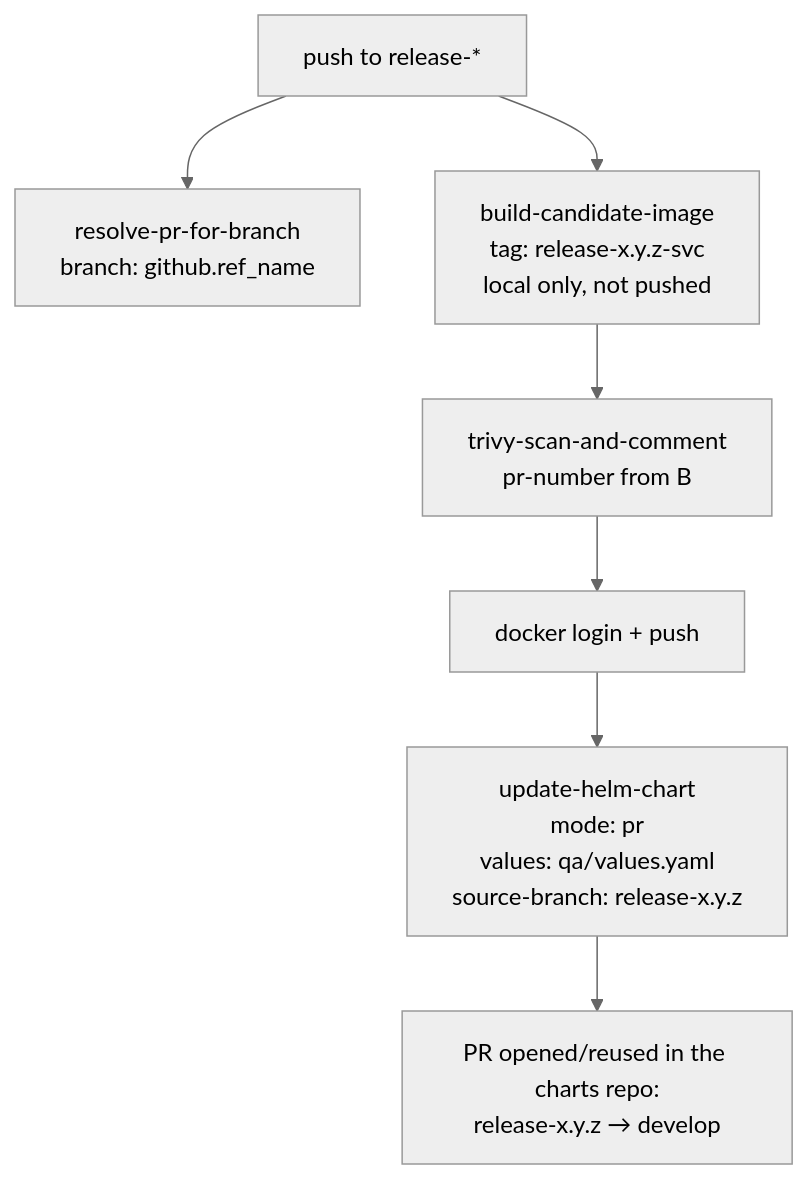
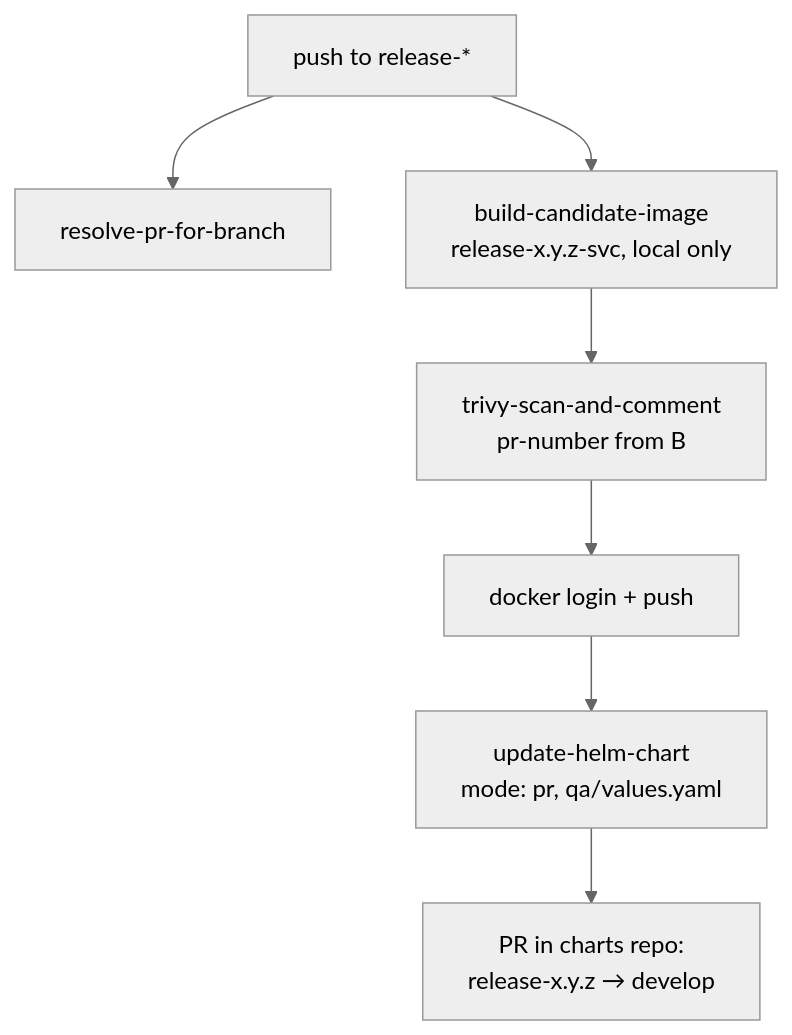
Before and after one commit to atkaridarshan04/shared-ci-actions: the diagram in docs/using/qa-release.md, drawn with Mermaid (neutral theme). The commit also changed other lines of this file and 8 other files, not shown here.

````diff
--- a/docs/using/qa-release.md
+++ b/docs/using/qa-release.md
@@ -12,9 +10,9 @@
 ```mermaid
 flowchart TD
-    A["push to release-*"] --> B["resolve-pr-for-branch<br/>branch: github.ref_name"]
-    A --> C["build-candidate-image<br/>tag: release-x.y.z-svc<br/>local only, not pushed"]
+    A["push to release-*"] --> B["resolve-pr-for-branch"]
+    A --> C["build-candidate-image<br/>release-x.y.z-svc, local only"]
     C --> D["trivy-scan-and-comment<br/>pr-number from B"]
     D --> E["docker login + push"]
-    E --> F["update-helm-chart<br/>mode: pr<br/>values: qa/values.yaml<br/>source-branch: release-x.y.z"]
-    F --> G["PR opened/reused in the charts repo:<br/>release-x.y.z → develop"]
+    E --> F["update-helm-chart<br/>mode: pr, qa/values.yaml"]
+    F --> G["PR in charts repo:<br/>release-x.y.z → develop"]
 ```
````
